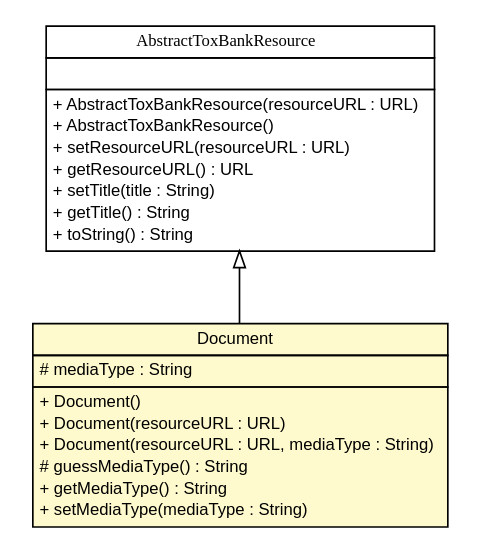
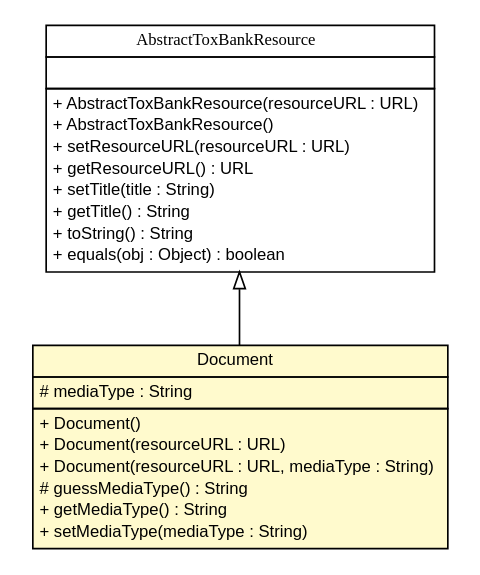
One commit to ToxBank/toxbank-api-beans changed the diagram in apidocs/net/toxbank/client/resource/Document.dot. Above: the diagram before and after it, drawn with Graphviz. The commit also changed 216 other files, not shown here.

```diff
--- a/apidocs/net/toxbank/client/resource/Document.dot
+++ b/apidocs/net/toxbank/client/resource/Document.dot
@@ -1,47 +1,48 @@
 #!/usr/local/bin/dot
 #
 # Class diagram 
 # Generated by UmlGraph version 4.6 (http://www.spinellis.gr/sw/umlgraph)
 #
 
 digraph G {
 	edge [fontname="arial",fontsize=10,labelfontname="arial",labelfontsize=10];
 	node [fontname="arial",fontsize=10,shape=plaintext];
 	// net.toxbank.client.resource.Document
-	c872 [label=<<table border="0" cellborder="1" cellspacing="0" cellpadding="2" port="p" bgcolor="lemonChiffon" href="./Document.html">
+	c1335 [label=<<table border="0" cellborder="1" cellspacing="0" cellpadding="2" port="p" bgcolor="lemonChiffon" href="./Document.html">
 		<tr><td><table border="0" cellspacing="0" cellpadding="1">
 			<tr><td> Document </td></tr>
 		</table></td></tr>
 		<tr><td><table border="0" cellspacing="0" cellpadding="1">
 			<tr><td align="left"> # mediaType : String </td></tr>
 		</table></td></tr>
 		<tr><td><table border="0" cellspacing="0" cellpadding="1">
 			<tr><td align="left"> + Document() </td></tr>
 			<tr><td align="left"> + Document(resourceURL : URL) </td></tr>
 			<tr><td align="left"> + Document(resourceURL : URL, mediaType : String) </td></tr>
 			<tr><td align="left"> # guessMediaType() : String </td></tr>
 			<tr><td align="left"> + getMediaType() : String </td></tr>
 			<tr><td align="left"> + setMediaType(mediaType : String) </td></tr>
 		</table></td></tr>
 		</table>>, fontname="arial", fontcolor="black", fontsize=10.0];
 	// net.toxbank.client.resource.AbstractToxBankResource
-	c876 [label=<<table border="0" cellborder="1" cellspacing="0" cellpadding="2" port="p" href="./AbstractToxBankResource.html">
+	c1339 [label=<<table border="0" cellborder="1" cellspacing="0" cellpadding="2" port="p" href="./AbstractToxBankResource.html">
 		<tr><td><table border="0" cellspacing="0" cellpadding="1">
 			<tr><td><font face="ariali"> AbstractToxBankResource </font></td></tr>
 		</table></td></tr>
 		<tr><td><table border="0" cellspacing="0" cellpadding="1">
 			<tr><td align="left">  </td></tr>
 		</table></td></tr>
 		<tr><td><table border="0" cellspacing="0" cellpadding="1">
 			<tr><td align="left"> + AbstractToxBankResource(resourceURL : URL) </td></tr>
 			<tr><td align="left"> + AbstractToxBankResource() </td></tr>
 			<tr><td align="left"> + setResourceURL(resourceURL : URL) </td></tr>
 			<tr><td align="left"> + getResourceURL() : URL </td></tr>
 			<tr><td align="left"> + setTitle(title : String) </td></tr>
 			<tr><td align="left"> + getTitle() : String </td></tr>
 			<tr><td align="left"> + toString() : String </td></tr>
+			<tr><td align="left"> + equals(obj : Object) : boolean </td></tr>
 		</table></td></tr>
 		</table>>, fontname="arial", fontcolor="black", fontsize=10.0];
 	//net.toxbank.client.resource.Document extends net.toxbank.client.resource.AbstractToxBankResource
-	c876:p -> c872:p [dir=back,arrowtail=empty];
+	c1339:p -> c1335:p [dir=back,arrowtail=empty];
 }
```
